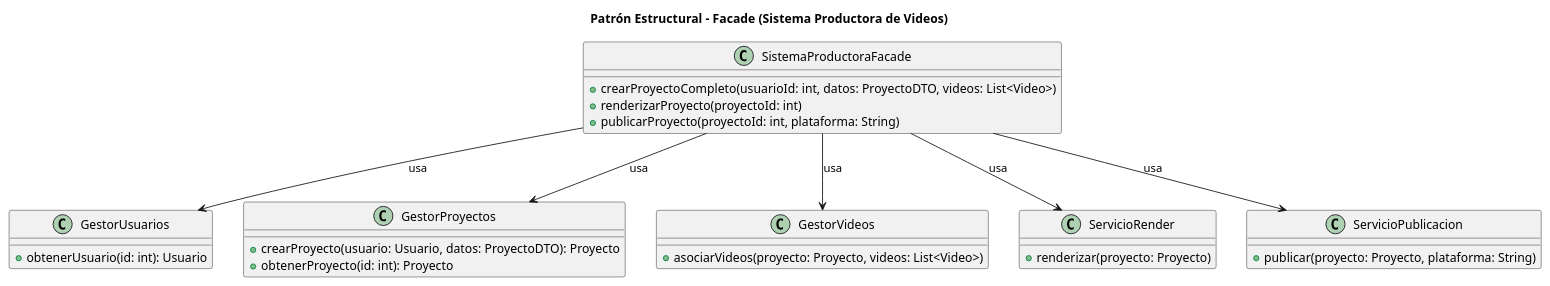
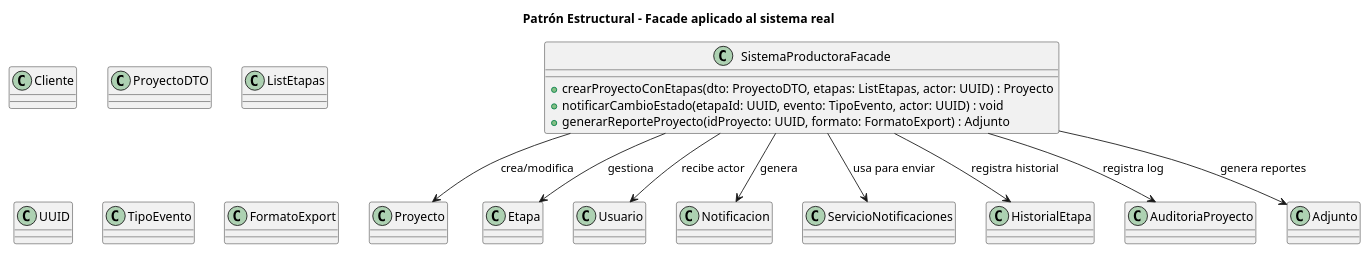
Before and after one commit to dantebiondi666-prog/SistemaProductoraVideos: the diagram in diagramas/01-diagrama-clases/01-patron-estructural-facade.puml, drawn with PlantUML. The commit also changed 3 other files, not shown here.

Commit message:
Correcciones del patron estructural Facade con diagrama, explicacion tecnica y changelog update

```diff
--- a/diagramas/01-diagrama-clases/01-patron-estructural-facade.puml
+++ b/diagramas/01-diagrama-clases/01-patron-estructural-facade.puml
@@ -1,38 +1,39 @@
-@startuml
+@startuml Facade
+title Patrón Estructural - Facade aplicado al sistema real
 
-title Patrón Estructural - Facade (Sistema Productora de Videos)
-
+' ========== NUEVA FACHADA ==========
 class SistemaProductoraFacade {
-    +crearProyectoCompleto(usuarioId: int, datos: ProyectoDTO, videos: List<Video>)
-    +renderizarProyecto(proyectoId: int)
-    +publicarProyecto(proyectoId: int, plataforma: String)
+  +crearProyectoConEtapas(dto: ProyectoDTO, etapas: ListEtapas, actor: UUID) : Proyecto
+  +notificarCambioEstado(etapaId: UUID, evento: TipoEvento, actor: UUID) : void
+  +generarReporteProyecto(idProyecto: UUID, formato: FormatoExport) : Adjunto
 }
 
-class GestorUsuarios {
-    +obtenerUsuario(id: int): Usuario
-}
+' ========== CLASES EXISTENTES ==========
+class Proyecto
+class Etapa
+class Usuario
+class Cliente
+class Notificacion
+class ServicioNotificaciones
+class HistorialEtapa
+class AuditoriaProyecto
+class Adjunto
 
-class GestorProyectos {
-    +crearProyecto(usuario: Usuario, datos: ProyectoDTO): Proyecto
-    +obtenerProyecto(id: int): Proyecto
-}
+' ========== TIPOS/AUXILIARES NECESARIOS ==========
+class ProyectoDTO
+class ListEtapas
+class UUID
+class TipoEvento
+class FormatoExport
 
-class GestorVideos {
-    +asociarVideos(proyecto: Proyecto, videos: List<Video>)
-}
-
-class ServicioRender {
-    +renderizar(proyecto: Proyecto)
-}
-
-class ServicioPublicacion {
-    +publicar(proyecto: Proyecto, plataforma: String)
-}
-
-SistemaProductoraFacade --> GestorUsuarios : usa
-SistemaProductoraFacade --> GestorProyectos : usa
-SistemaProductoraFacade --> GestorVideos : usa
-SistemaProductoraFacade --> ServicioRender : usa
-SistemaProductoraFacade --> ServicioPublicacion : usa
+' ========== RELACIONES ==========
+SistemaProductoraFacade --> Proyecto : crea/modifica
+SistemaProductoraFacade --> Etapa : gestiona
+SistemaProductoraFacade --> Usuario : recibe actor
+SistemaProductoraFacade --> Notificacion : genera
+SistemaProductoraFacade --> ServicioNotificaciones : usa para enviar
+SistemaProductoraFacade --> AuditoriaProyecto : registra log
+SistemaProductoraFacade --> HistorialEtapa : registra historial
+SistemaProductoraFacade --> Adjunto : genera reportes
 
 @enduml
```
